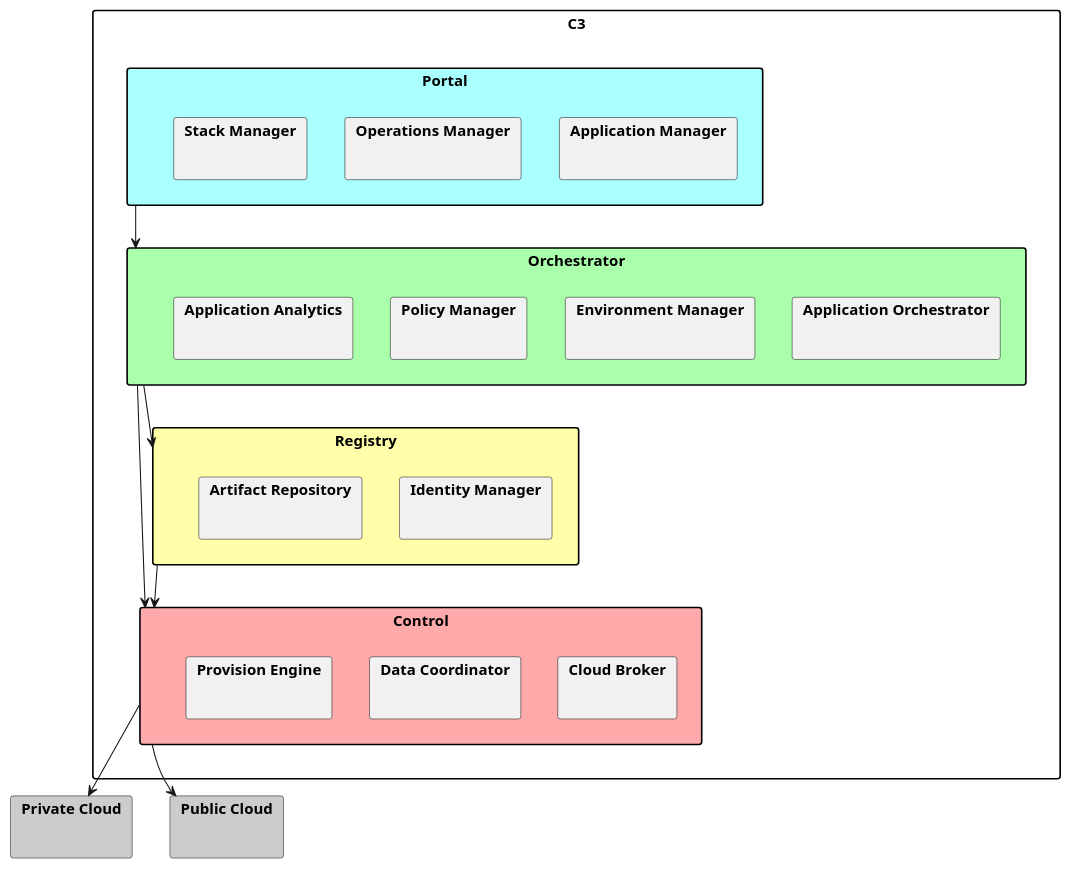
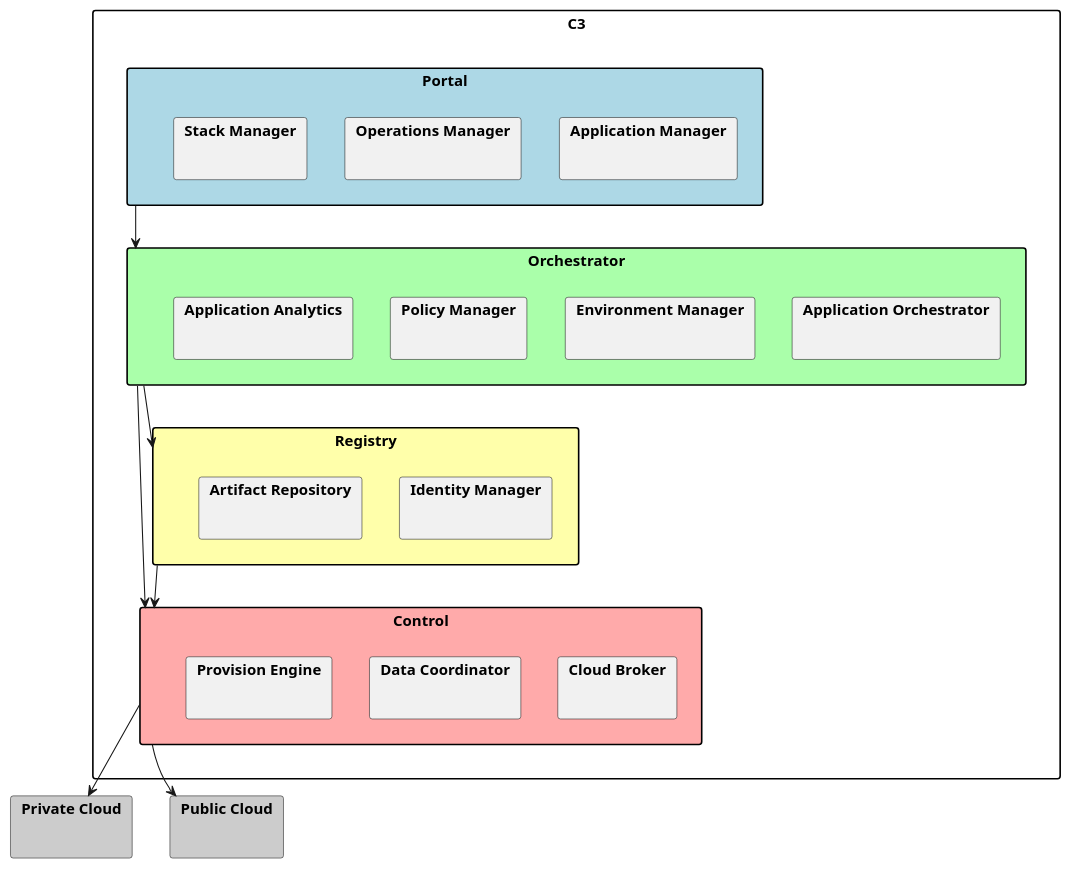
One commit to CAADE/C3 changed the diagram in docs/Solution/Logical.puml. Above: the diagram before and after it, drawn with PlantUML. The commit also changed 23 other files, not shown here.

Commit message:
Updates to High level architecture

```diff
--- a/docs/Solution/Logical.puml
+++ b/docs/Solution/Logical.puml
@@ -1,44 +1,44 @@
 @startuml
 
 skinparam packageStyle rect
 
 package C3 {
-package "Portal" #aaffff {
+package "Portal" #lightblue {
     package "Application Manager" { }
     package "Operations Manager" { }
     package "Stack Manager" { }
 }
 package "Orchestrator" #aaffaa {
     package "Application Orchestrator" { }
     package "Environment Manager" { }
     package "Policy Manager" { }
     package "Application Analytics" { }
 }
 package "Registry" #ffffaa {
     package "Identity Manager" { }
     package "Artifact Repository" { }
 }
 
 package "Control" #ffaaaa {
     package "Cloud Broker" { }
     package "Data Coordinator" { }
     package "Provision Engine" { }
 }
 }
 
 package "Private Cloud" #cccccc {
 }
 
 package "Public Cloud"  #cccccc {
 }
 
 
 Portal --> Orchestrator
 Orchestrator --> Registry
 Registry --> Control
 Orchestrator -> Control
 
 Control --> "Private Cloud"
 Control --> "Public Cloud"
 
 @enduml
```
